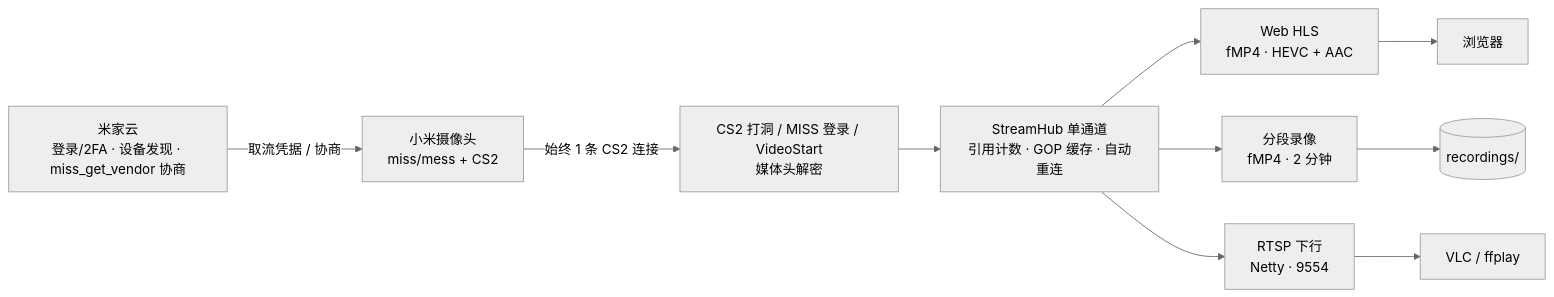
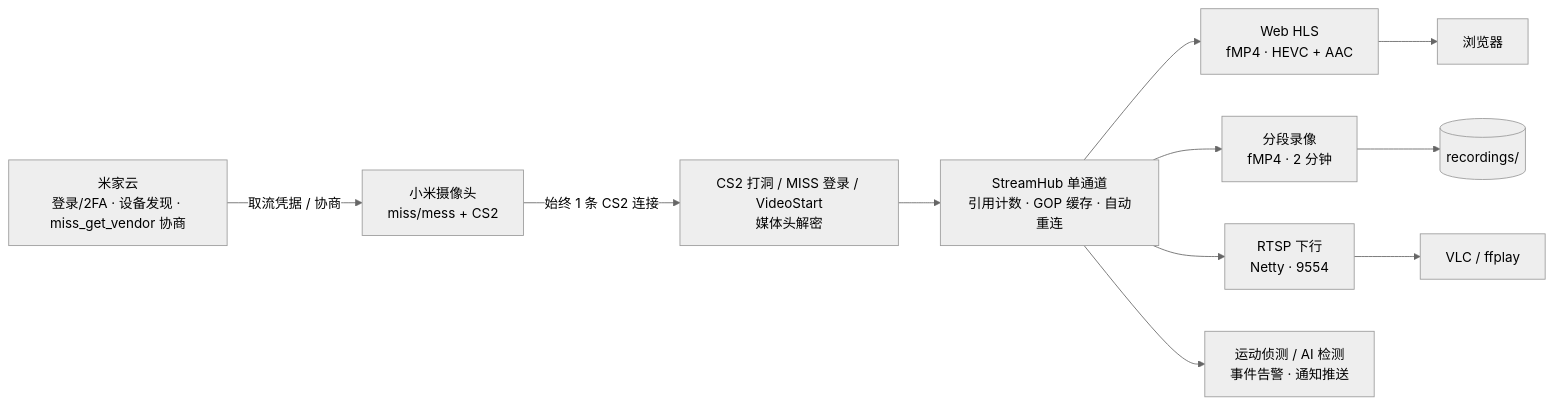
The diagram in README.md (zsunny6658/ai-nvr), drawn with Mermaid (neutral theme) before and after one commit. The commit also changed other lines of this file, not shown here.

````diff
--- a/README.md
+++ b/README.md
@@ -64,20 +76,22 @@
 ```mermaid
 flowchart LR
     MI["米家云<br/>登录/2FA · 设备发现 · miss_get_vendor 协商"]
     CAM["小米摄像头<br/>miss/mess + CS2"]
     P2P["CS2 打洞 / MISS 登录 / VideoStart<br/>媒体头解密"]
     HUB["StreamHub 单通道<br/>引用计数 · GOP 缓存 · 自动重连"]
     HLS["Web HLS<br/>fMP4 · HEVC + AAC"]
     REC["分段录像<br/>fMP4 · 2 分钟"]
     RTSPS["RTSP 下行<br/>Netty · 9554"]
+    MOT["运动侦测 / AI 检测<br/>事件告警 · 通知推送"]
     BROWSER["浏览器"]
     DISK[("recordings/")]
     VLC["VLC / ffplay"]
 
     MI -- "取流凭据 / 协商" --> CAM
     CAM -- "始终 1 条 CS2 连接" --> P2P
     P2P --> HUB
     HUB --> HLS --> BROWSER
     HUB --> REC --> DISK
     HUB --> RTSPS --> VLC
+    HUB --> MOT
 ```
````
